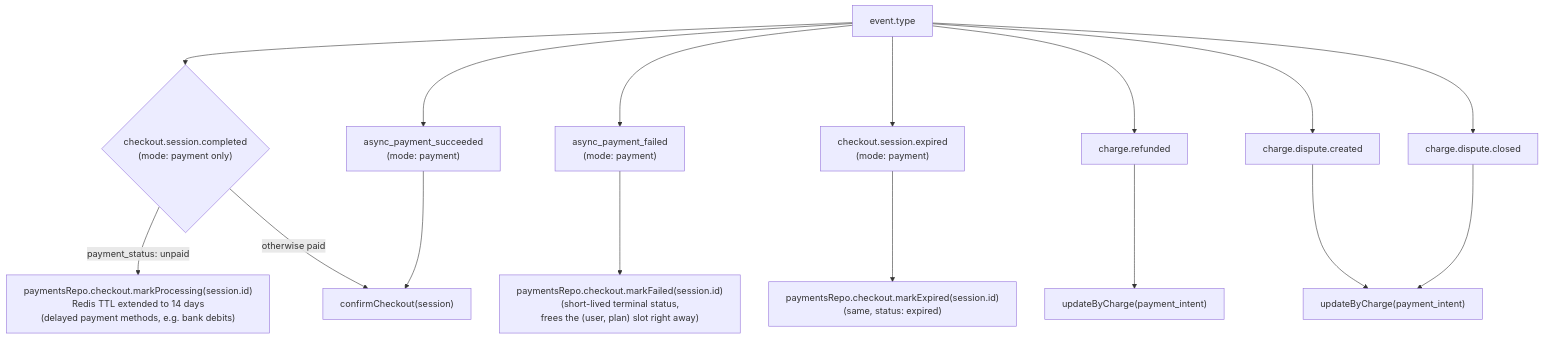
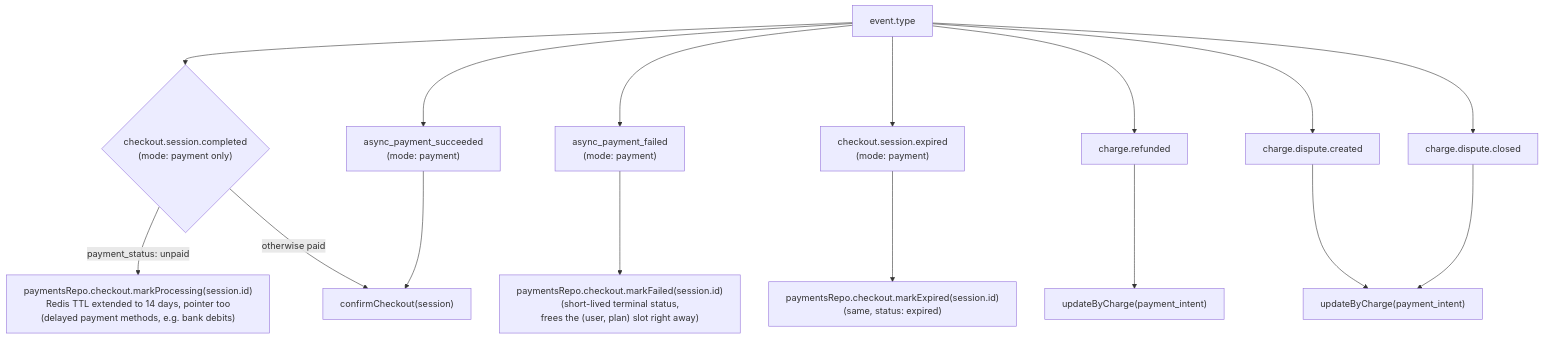
The fourth of 9 diagrams in src/features/payments/CONTROL_FLOW.md (FranciscoAVD/backend), drawn with Mermaid before and after one commit. The commit also changed other lines of this file and 14 other files, not shown here.

````diff
--- a/src/features/payments/CONTROL_FLOW.md
+++ b/src/features/payments/CONTROL_FLOW.md
@@ -131,14 +133,14 @@
 ```mermaid
 flowchart TD
     E["event.type"] --> CSC{"checkout.session.completed\n(mode: payment only)"}
-    CSC -- payment_status: unpaid --> MarkProcessing["paymentsRepo.checkout.markProcessing(session.id)\nRedis TTL extended to 14 days\n(delayed payment methods, e.g. bank debits)"]
+    CSC -- payment_status: unpaid --> MarkProcessing["paymentsRepo.checkout.markProcessing(session.id)\nRedis TTL extended to 14 days, pointer too\n(delayed payment methods, e.g. bank debits)"]
     CSC -- otherwise paid --> Confirm["confirmCheckout(session)"]
 
     E --> APS["async_payment_succeeded\n(mode: payment)"] --> Confirm
     E --> APF["async_payment_failed\n(mode: payment)"] --> MarkFailed["paymentsRepo.checkout.markFailed(session.id)\n(short-lived terminal status,\nfrees the (user, plan) slot right away)"]
     E --> Exp["checkout.session.expired\n(mode: payment)"] --> MarkExpired["paymentsRepo.checkout.markExpired(session.id)\n(same, status: expired)"]
 
     E --> Ref["charge.refunded"] --> UpdByCharge1["updateByCharge(payment_intent)"]
     E --> DispC["charge.dispute.created"] --> UpdByCharge2["updateByCharge(payment_intent)"]
     E --> DispX["charge.dispute.closed"] --> UpdByCharge2
 ```
````
